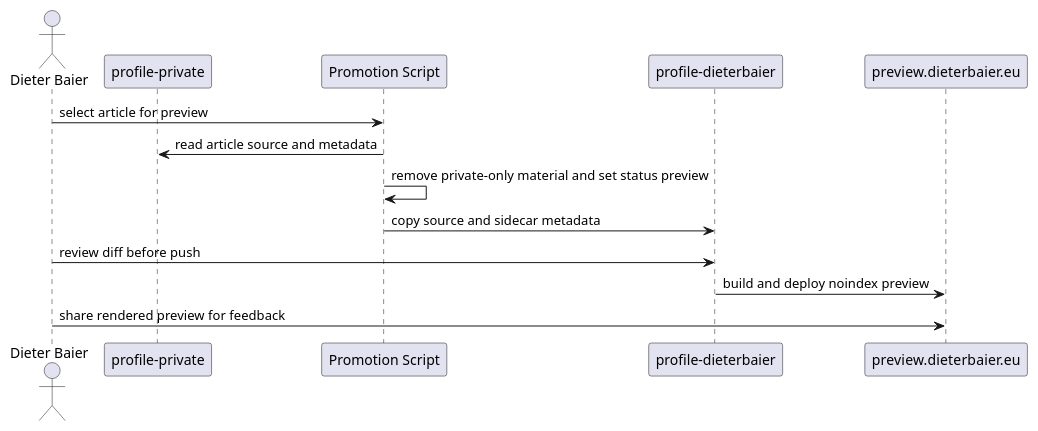
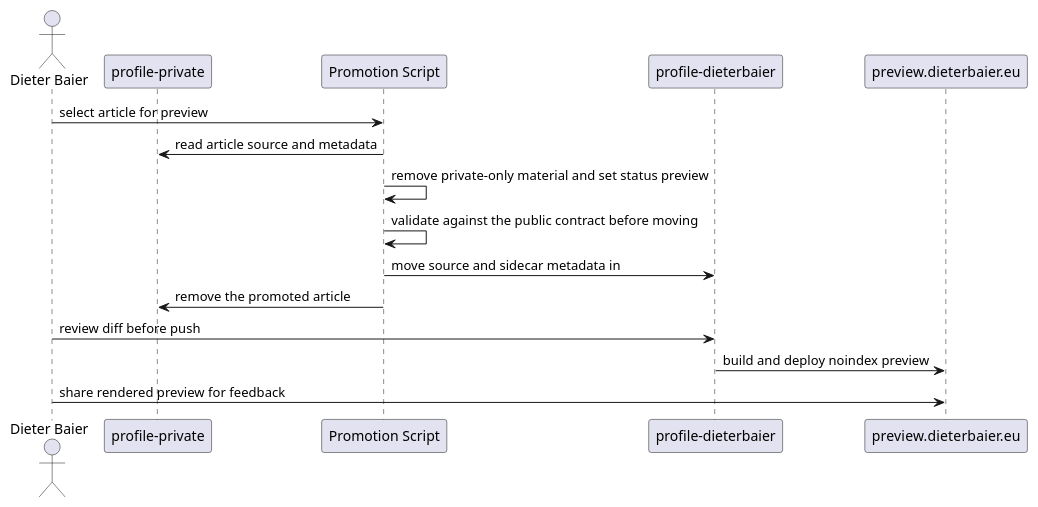
The second of 5 diagrams in src-content/docs/arc42/09-architecture-decisions/adr-008-private-to-public-article-lifecycle.adoc (dieterbaier/profile), drawn with PlantUML before and after one commit. The commit also changed 1 other file, not shown here.

First paragraph of the commit message:
issue_80: Accept ADR-009 and lift the private-source gate
ADR-009 stayed proposed and gated four slices of #26. Its four review
notes are now answered by the site owner, so the record states what
holds instead of what to confirm.

```diff
--- a/src-content/docs/arc42/09-architecture-decisions/adr-008-private-to-public-article-lifecycle.adoc
+++ b/src-content/docs/arc42/09-architecture-decisions/adr-008-private-to-public-article-lifecycle.adoc
@@ -95,18 +95,20 @@
 [plantuml]
 ----
 @startuml
 actor "Dieter Baier" as Author
 participant "profile-private" as PrivateRepo
 participant "Promotion Script" as Promote
 participant "profile-dieterbaier" as PublicRepo
 participant "preview.dieterbaier.eu" as PreviewSite
 
 Author -> Promote : select article for preview
 Promote -> PrivateRepo : read article source and metadata
 Promote -> Promote : remove private-only material and set status preview
-Promote -> PublicRepo : copy source and sidecar metadata
+Promote -> Promote : validate against the public contract before moving
+Promote -> PublicRepo : move source and sidecar metadata in
+Promote -> PrivateRepo : remove the promoted article
 Author -> PublicRepo : review diff before push
 PublicRepo -> PreviewSite : build and deploy noindex preview
 Author -> PreviewSite : share rendered preview for feedback
 @enduml
 ----
```
